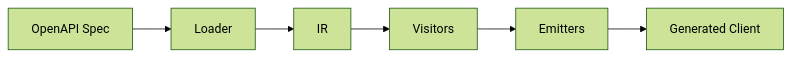
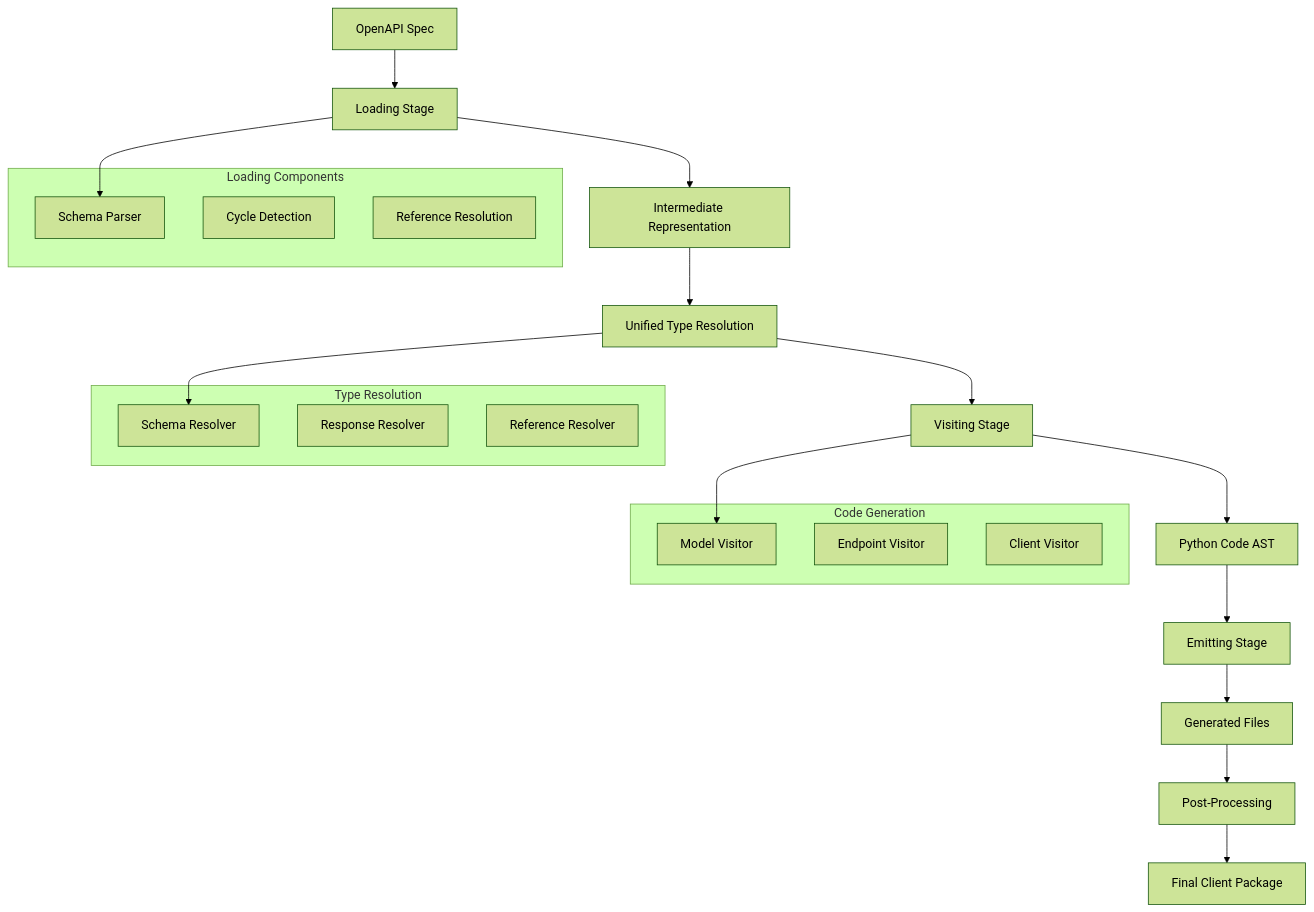
One commit to mindhiveoy/pyopenapi_gen changed the diagram in docs/architecture.md. Above: the diagram before and after it, drawn with Mermaid (forest theme). The commit also changed other lines of this file and 5 other files, not shown here.

````diff
--- a/docs/architecture.md
+++ b/docs/architecture.md
@@ -7,8 +19,34 @@
 ```mermaid
-graph LR
-    A[OpenAPI Spec] --> B[Loader]
-    B --> C[IR]
-    C --> D[Visitors]
-    D --> E[Emitters]
-    E --> F[Generated Client]
+graph TD
+    A[OpenAPI Spec] --> B[Loading Stage]
+    B --> C[Intermediate Representation]
+    C --> D[Unified Type Resolution]
+    D --> E[Visiting Stage]
+    E --> F[Python Code AST]
+    F --> G[Emitting Stage]
+    G --> H[Generated Files]
+    H --> I[Post-Processing]
+    I --> J[Final Client Package]
+    
+    subgraph "Loading Components"
+        K[Schema Parser]
+        L[Cycle Detection]
+        M[Reference Resolution]
+    end
+    
+    subgraph "Type Resolution"
+        N[Schema Resolver]
+        O[Response Resolver]
+        P[Reference Resolver]
+    end
+    
+    subgraph "Code Generation"
+        Q[Model Visitor]
+        R[Endpoint Visitor]
+        S[Client Visitor]
+    end
+    
+    B --> K
+    D --> N
+    E --> Q
 ```
````
